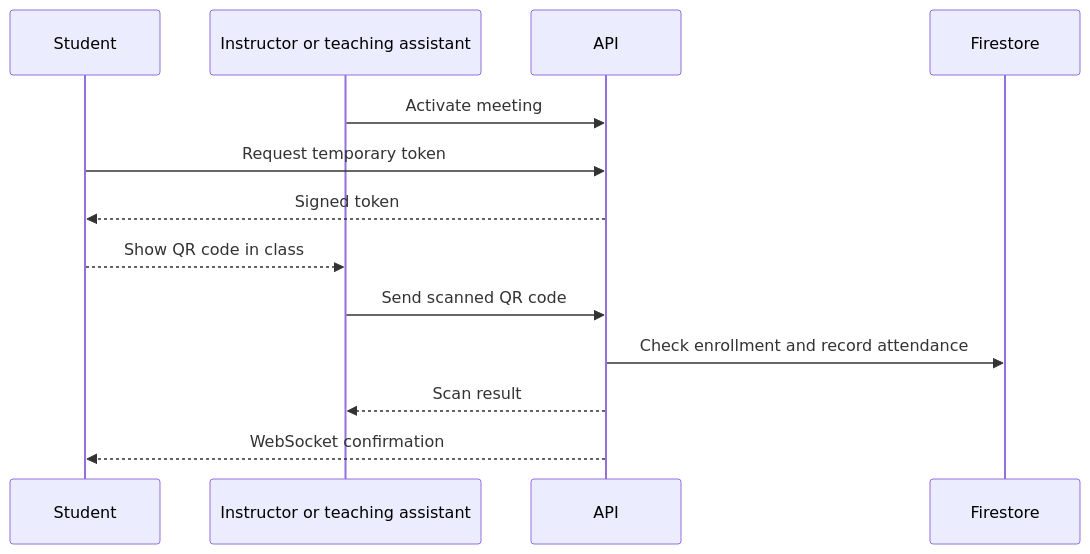
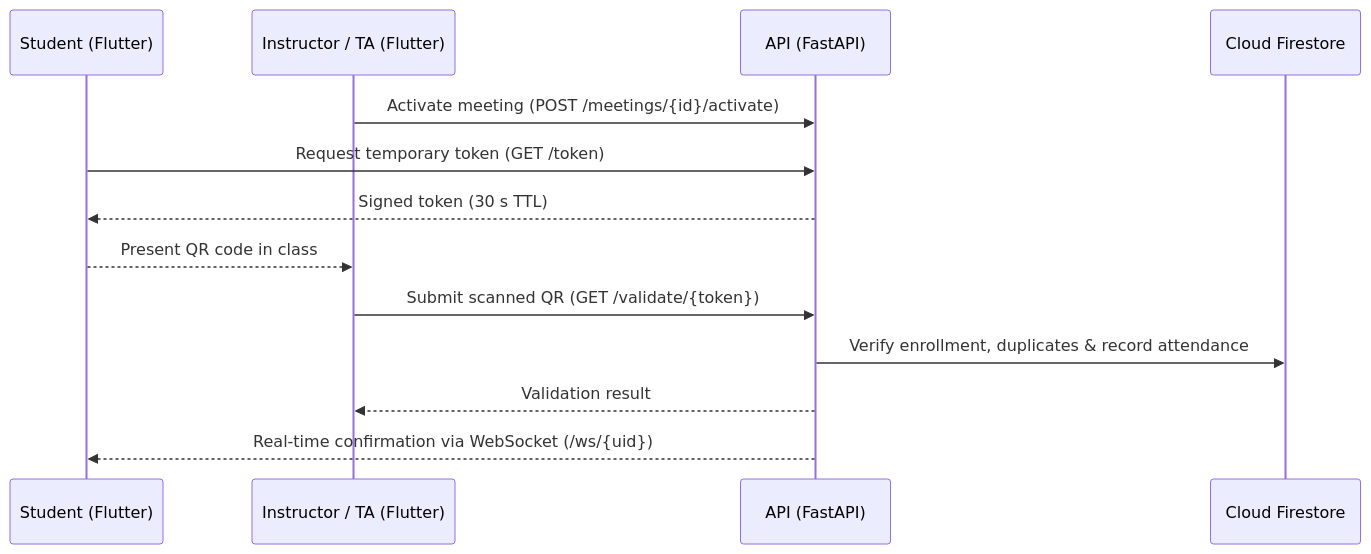
The first of 2 diagrams in README.en.md (cristobal-nan/academic-attendance-system), drawn with Mermaid before and after one commit. The commit also changed other lines of this file and 16 other files, not shown here.

````diff
--- a/README.en.md
+++ b/README.en.md
@@ -16,15 +22,15 @@
 ```mermaid
 sequenceDiagram
-    participant E as Student
-    participant D as Instructor or teaching assistant
-    participant A as API
-    participant F as Firestore
-    D->>A: Activate meeting
-    E->>A: Request temporary token
-    A-->>E: Signed token
-    E-->>D: Show QR code in class
-    D->>A: Send scanned QR code
-    A->>F: Check enrollment and record attendance
-    A-->>D: Scan result
-    A-->>E: WebSocket confirmation
+    participant E as Student (Flutter)
+    participant D as Instructor / TA (Flutter)
+    participant A as API (FastAPI)
+    participant F as Cloud Firestore
+    D->>A: Activate meeting (POST /meetings/{id}/activate)
+    E->>A: Request temporary token (GET /token)
+    A-->>E: Signed token (30 s TTL)
+    E-->>D: Present QR code in class
+    D->>A: Submit scanned QR (GET /validate/{token})
+    A->>F: Verify enrollment, duplicates & record attendance
+    A-->>D: Validation result
+    A-->>E: Real-time confirmation via WebSocket (/ws/{uid})
 ```
````
